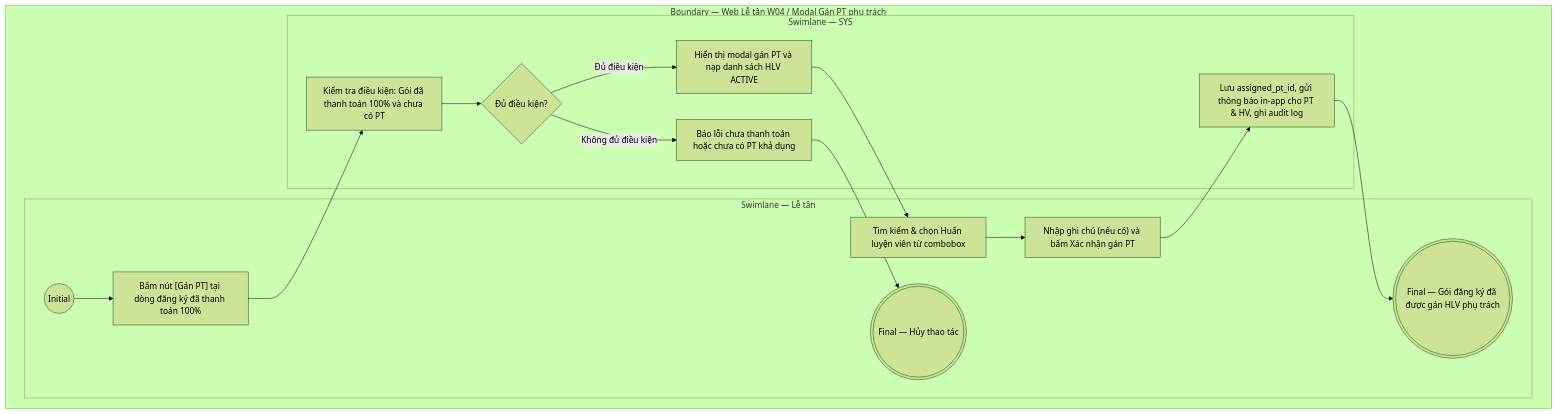
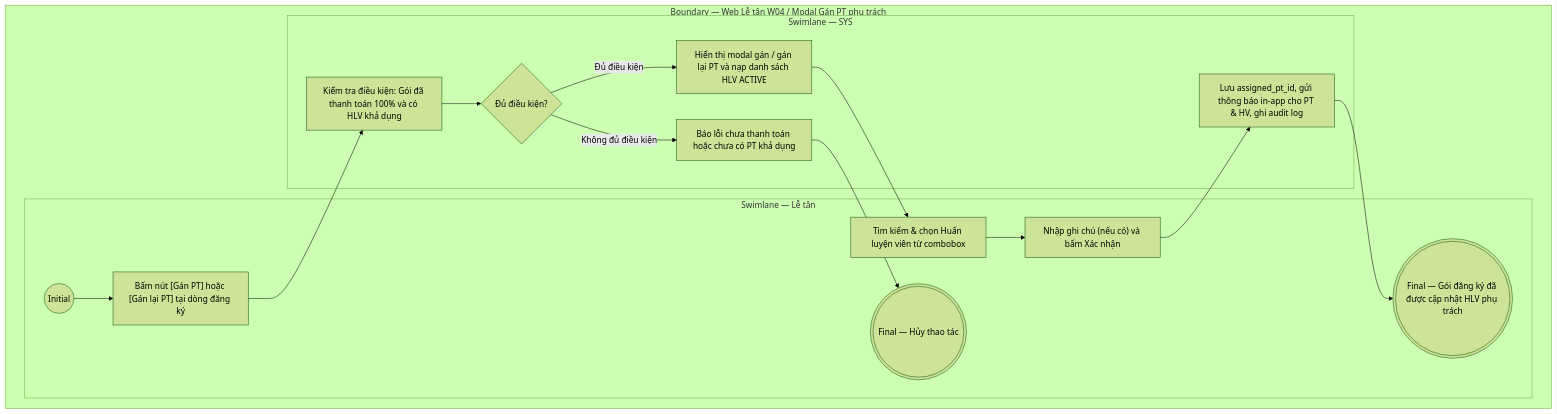
Before and after one commit to ThachY-23120411/Paradise-Gym-v2: the diagram in docs/user-stories/le-tan/LT-W04-Đăng ký & gia hạn/LT-W04-US05-Gán PT phụ trách cho gói đăng ký.md, drawn with Mermaid (forest theme). The commit also changed other lines of this file and 937 other files, not shown here.

````diff
--- a/docs/user-stories/le-tan/LT-W04-Đăng ký & gia hạn/LT-W04-US05-Gán PT phụ trách cho gói đăng ký.md
+++ b/docs/user-stories/le-tan/LT-W04-Đăng ký & gia hạn/LT-W04-US05-Gán PT phụ trách cho gói đăng ký.md
@@ -47,25 +56,25 @@
 ```mermaid
 flowchart TB
   subgraph B["Boundary — Web Lễ tân W04 / Modal Gán PT phụ trách"]
     subgraph L0["Swimlane — Lễ tân"]
       I01(("Initial"))
-      A01["Bấm nút [Gán PT] tại dòng đăng ký đã thanh toán 100%"]
+      A01["Bấm nút [Gán PT] hoặc [Gán lại PT] tại dòng đăng ký"]
       A02["Tìm kiếm & chọn Huấn luyện viên từ combobox"]
-      A03["Nhập ghi chú (nếu có) và bấm Xác nhận gán PT"]
-      F01((("Final — Gói đăng ký đã được gán HLV phụ trách")))
+      A03["Nhập ghi chú (nếu có) và bấm Xác nhận"]
+      F01((("Final — Gói đăng ký đã được cập nhật HLV phụ trách")))
       F02((("Final — Hủy thao tác")))
     end
 
     subgraph L1["Swimlane — SYS"]
-      S01["Kiểm tra điều kiện: Gói đã thanh toán 100% và chưa có PT"]
+      S01["Kiểm tra điều kiện: Gói đã thanh toán 100% và có HLV khả dụng"]
       D01{"Đủ điều kiện?"}
-      S02["Hiển thị modal gán PT và nạp danh sách HLV ACTIVE"]
+      S02["Hiển thị modal gán / gán lại PT và nạp danh sách HLV ACTIVE"]
       S03["Lưu assigned_pt_id, gửi thông báo in-app cho PT & HV, ghi audit log"]
       S04["Báo lỗi chưa thanh toán hoặc chưa có PT khả dụng"]
 
       I01 --> A01 --> S01 --> D01
       D01 -->|Đủ điều kiện| S02 --> A02 --> A03 --> S03 --> F01
       D01 -->|Không đủ điều kiện| S04 --> F02
     end
   end
 ```
````
